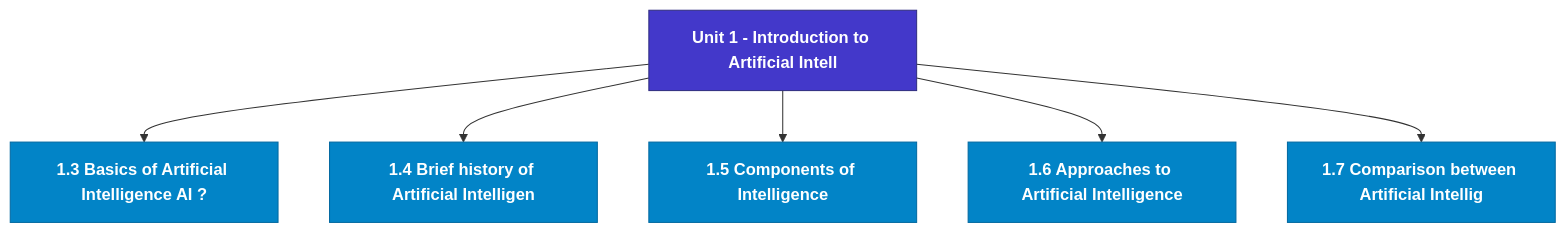
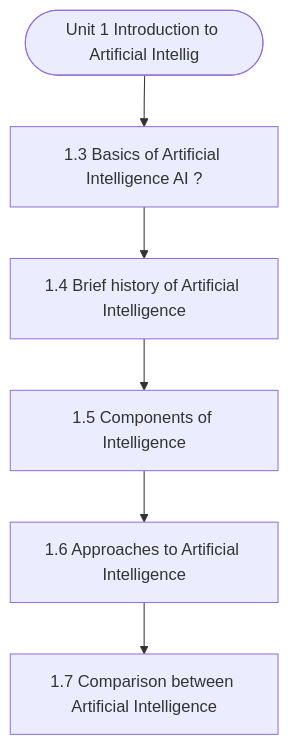
The diagram in notes/Semester_2/MCS-224_Artificial_Intelligence_&_Machine_Learning/unit_01_Introduction_to_Artificial_Intelligence.md (Asutosh-Coaching/mscdsa), drawn with Mermaid before and after one commit. The commit also changed other lines of this file and 115 other files, not shown here.

Commit message:
Fix Mermaid layout for mobile, isolate LaTeX delimiters, and add GitHub Pages reader

````diff
--- a/notes/Semester_2/MCS-224_Artificial_Intelligence_&_Machine_Learning/unit_01_Introduction_to_Artificial_Intelligence.md
+++ b/notes/Semester_2/MCS-224_Artificial_Intelligence_&_Machine_Learning/unit_01_Introduction_to_Artificial_Intelligence.md
@@ -19,19 +19,14 @@
 ```mermaid
 flowchart TD
-  %% Styling Definitions
-  classDef head fill:#4338ca,stroke:#312e81,color:#ffffff,font-weight:bold;
-  classDef topic fill:#0284c7,stroke:#0369a1,color:#ffffff,font-weight:600;
-  classDef sub fill:#1e293b,stroke:#475569,color:#f8fafc;
-
-  Root["Unit 1 - Introduction to Artificial Intell"]:::head
-  M1["1.3 Basics of Artificial Intelligence AI ?"]:::topic
-  Root --> M1
-  M2["1.4 Brief history of Artificial Intelligen"]:::topic
-  Root --> M2
-  M3["1.5 Components of Intelligence"]:::topic
-  Root --> M3
-  M4["1.6 Approaches to Artificial Intelligence"]:::topic
-  Root --> M4
-  M5["1.7 Comparison between Artificial Intellig"]:::topic
-  Root --> M5
+  Start(["Unit 1 Introduction to Artificial Intellig"])
+  N1["1.3 Basics of Artificial Intelligence AI ?"]
+  N2["1.4 Brief history of Artificial Intelligence"]
+  N3["1.5 Components of Intelligence"]
+  N4["1.6 Approaches to Artificial Intelligence"]
+  N5["1.7 Comparison between Artificial Intelligence"]
+  Start --> N1
+  N1 --> N2
+  N2 --> N3
+  N3 --> N4
+  N4 --> N5
 ```
````
